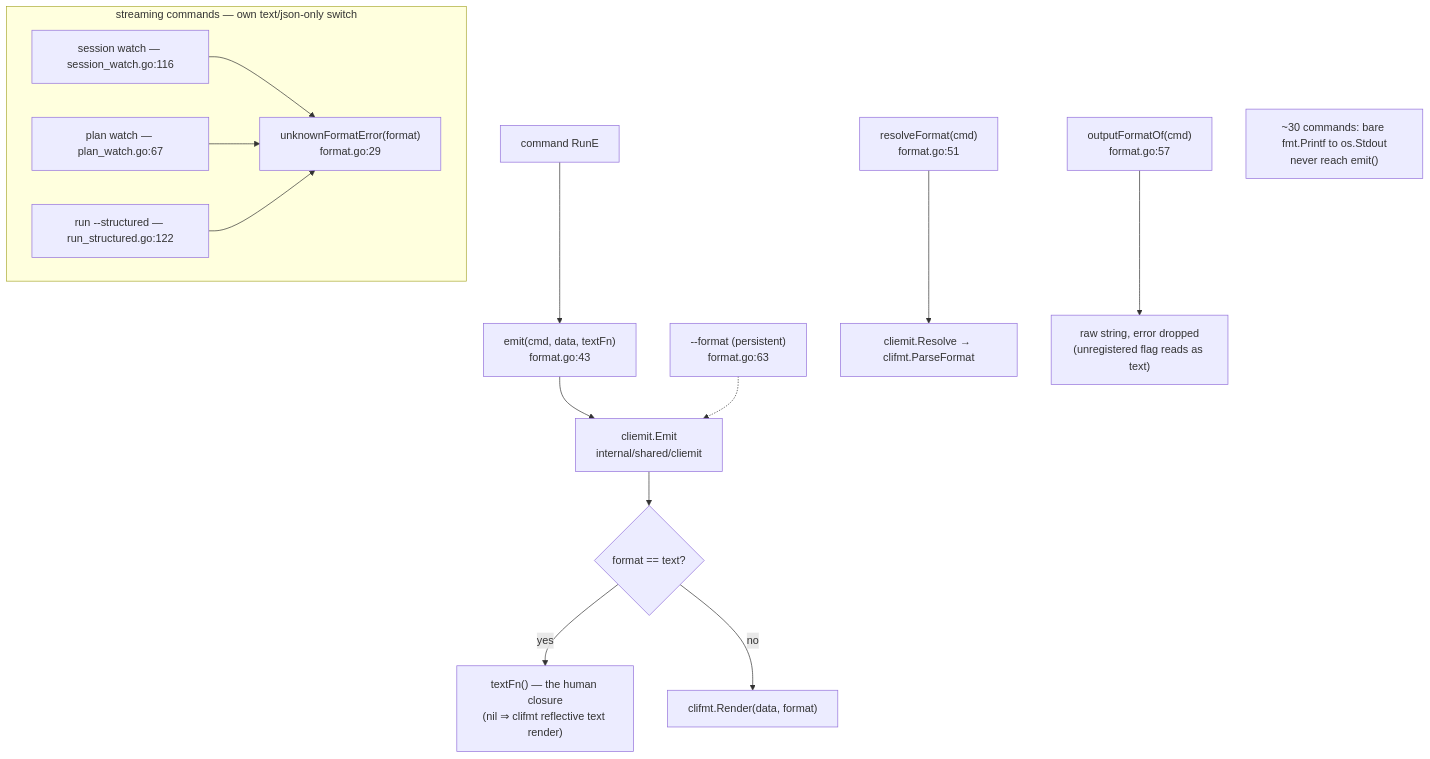
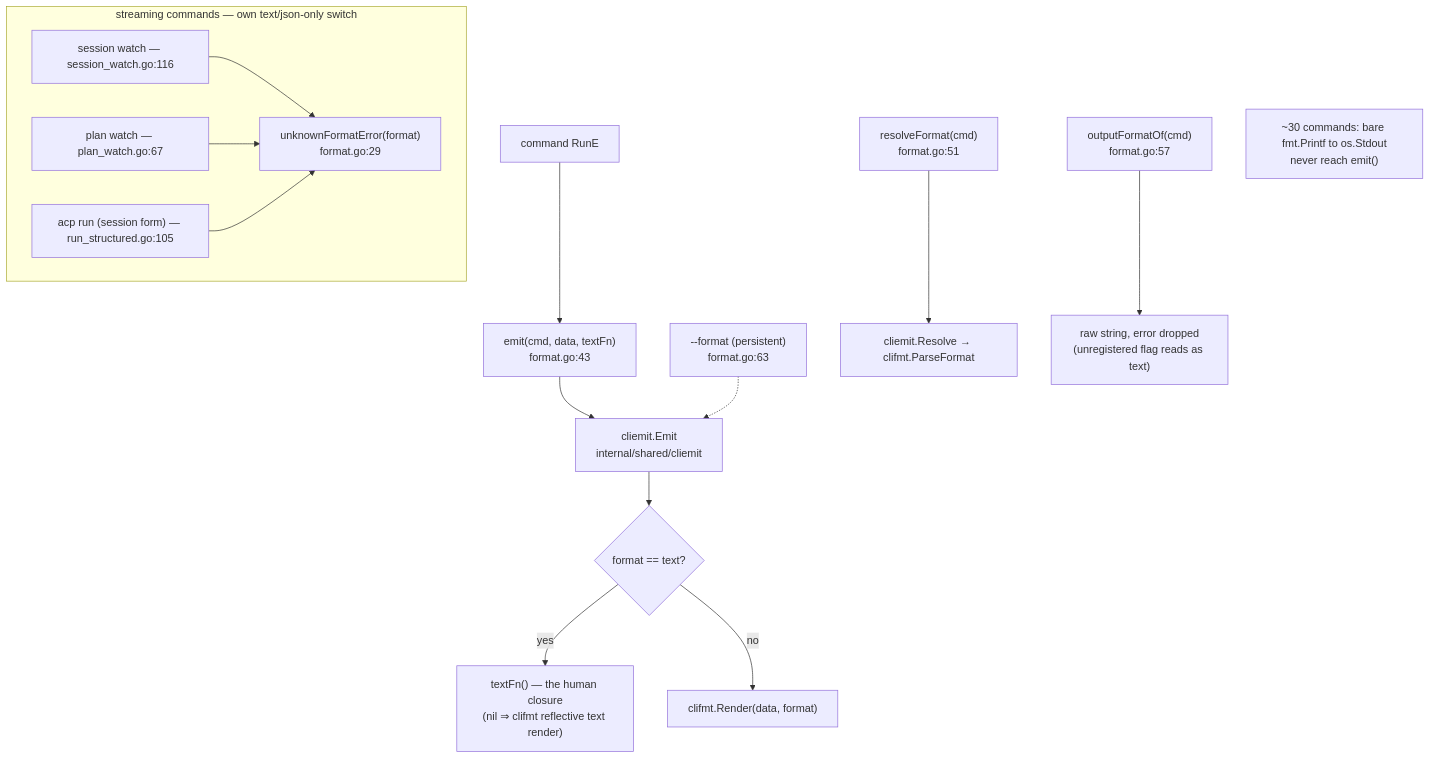
The diagram in docs/architecture/cli/output-and-format.md (ctxloom/ctxloom), drawn with Mermaid before and after one commit. The commit also changed other lines of this file and 24 other files, not shown here.

````diff
--- a/docs/architecture/cli/output-and-format.md
+++ b/docs/architecture/cli/output-and-format.md
@@ -14,25 +14,25 @@
 ```mermaid
 flowchart TD
     FLAG["--format (persistent)<br/>format.go:63"]
     RUNE["command RunE"] --> EMIT["emit(cmd, data, textFn)<br/>format.go:43"]
     EMIT --> CE["cliemit.Emit<br/>internal/shared/cliemit"]
     CE --> Q{"format == text?"}
     Q -->|yes| TXT["textFn() — the human closure<br/>(nil ⇒ clifmt reflective text render)"]
     Q -->|no| REN["clifmt.Render(data, format)"]
     FLAG -.-> CE
 
     RF["resolveFormat(cmd)<br/>format.go:51"] --> CR["cliemit.Resolve → clifmt.ParseFormat"]
     OF["outputFormatOf(cmd)<br/>format.go:57"] --> RAW["raw string, error dropped<br/>(unregistered flag reads as text)"]
 
     subgraph streaming["streaming commands — own text/json-only switch"]
         SW["session watch — session_watch.go:116"]
         PW["plan watch — plan_watch.go:67"]
-        RS["run --structured — run_structured.go:122"]
+        RS["acp run (session form) — run_structured.go:105"]
         UFE["unknownFormatError(format)<br/>format.go:29"]
         SW --> UFE
         PW --> UFE
         RS --> UFE
     end
 
     BYPASS["~30 commands: bare fmt.Printf to os.Stdout<br/>never reach emit()"]
 ```
````
